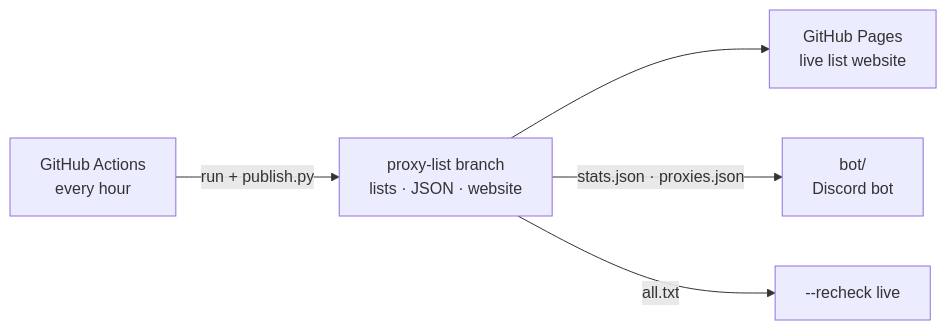
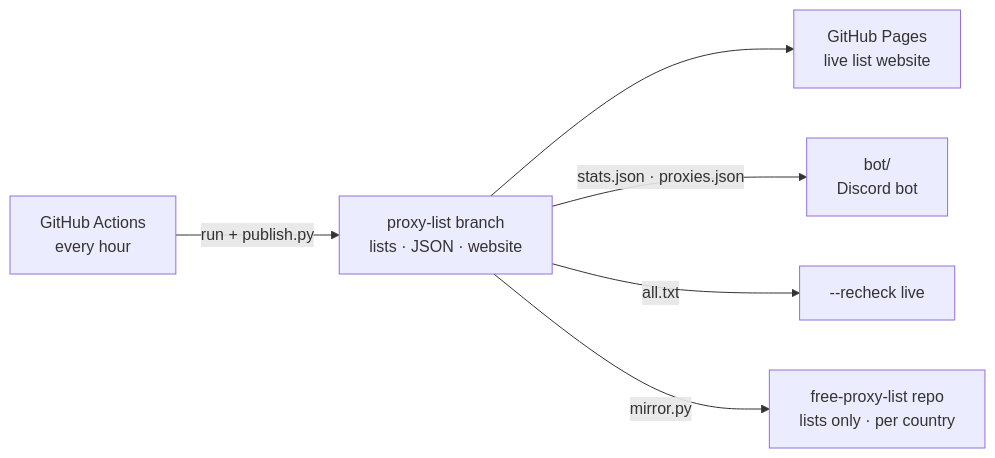
Before and after one commit to arm21-afk/proxy-scraper: the fourth of 4 diagrams in docs/ARCHITECTURE.md, drawn with Mermaid. The commit also changed other lines of this file and 6 other files, not shown here.

First line of the commit message:
The hourly lists in a repository of their own (free-proxy-list) (#227)

````diff
--- a/docs/ARCHITECTURE.md
+++ b/docs/ARCHITECTURE.md
@@ -98,7 +98,8 @@
 ```mermaid
 flowchart LR
     GA[GitHub Actions<br/>every hour] -->|run + publish.py| PL[proxy-list branch<br/>lists · JSON · website]
     PL --> WEB[GitHub Pages<br/>live list website]
     PL -->|stats.json · proxies.json| BOT[bot/<br/>Discord bot]
     PL -->|all.txt| RL[--recheck live]
+    PL -->|mirror.py| FPL[free-proxy-list repo<br/>lists only · per country]
 ```
````
